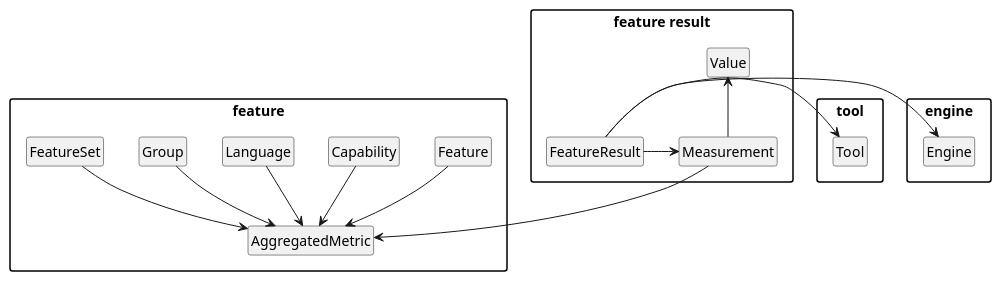
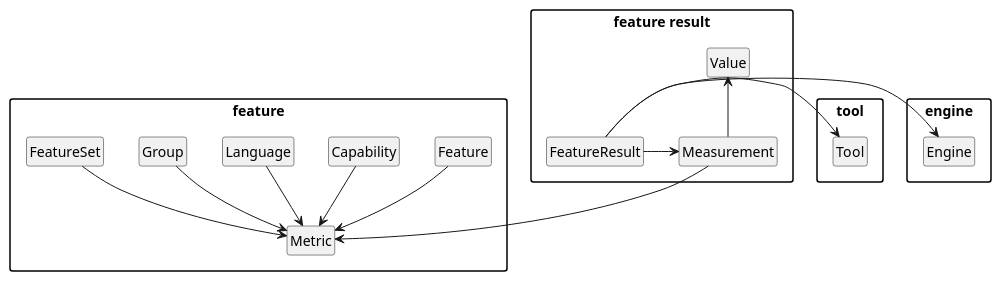
Before and after one commit to uniba-dsg/betsy: the diagram in pebl/doc/result-feature-result.puml, drawn with PlantUML. The commit also changed 1 other file, not shown here.

Commit message:
Update diagrams.

```diff
--- a/pebl/doc/result-feature-result.puml
+++ b/pebl/doc/result-feature-result.puml
@@ -1,48 +1,48 @@
 @startuml
 
 package "engine" {
   class Engine
 }
 package "tool" {
   class Tool
 }
 package "feature result" {
   class FeatureResult
   class Value
   class Measurement
 
   Measurement -up-> Value
 
   FeatureResult -> Measurement
   FeatureResult -> Tool
   FeatureResult -> Engine
 }
 
 package "feature" {
 
-	class AggregatedMetric
+	class Metric
 
 	class Feature
 	class Capability
     	class Language
     	class Group
     	class FeatureSet
 
-	Feature --> AggregatedMetric
-	Capability --> AggregatedMetric
-	Language --> AggregatedMetric
-	Group --> AggregatedMetric
-	FeatureSet --> AggregatedMetric
+	Feature --> Metric
+	Capability --> Metric
+	Language --> Metric
+	Group --> Metric
+	FeatureSet --> Metric
 
 }
 
-Measurement --> AggregatedMetric
+Measurement --> Metric
 
 hide empty members
 hide empty methods
 hide circle
 
 skinparam monochrome true
 skinparam shadowing false
 skinparam packageStyle rect
 @enduml
```
